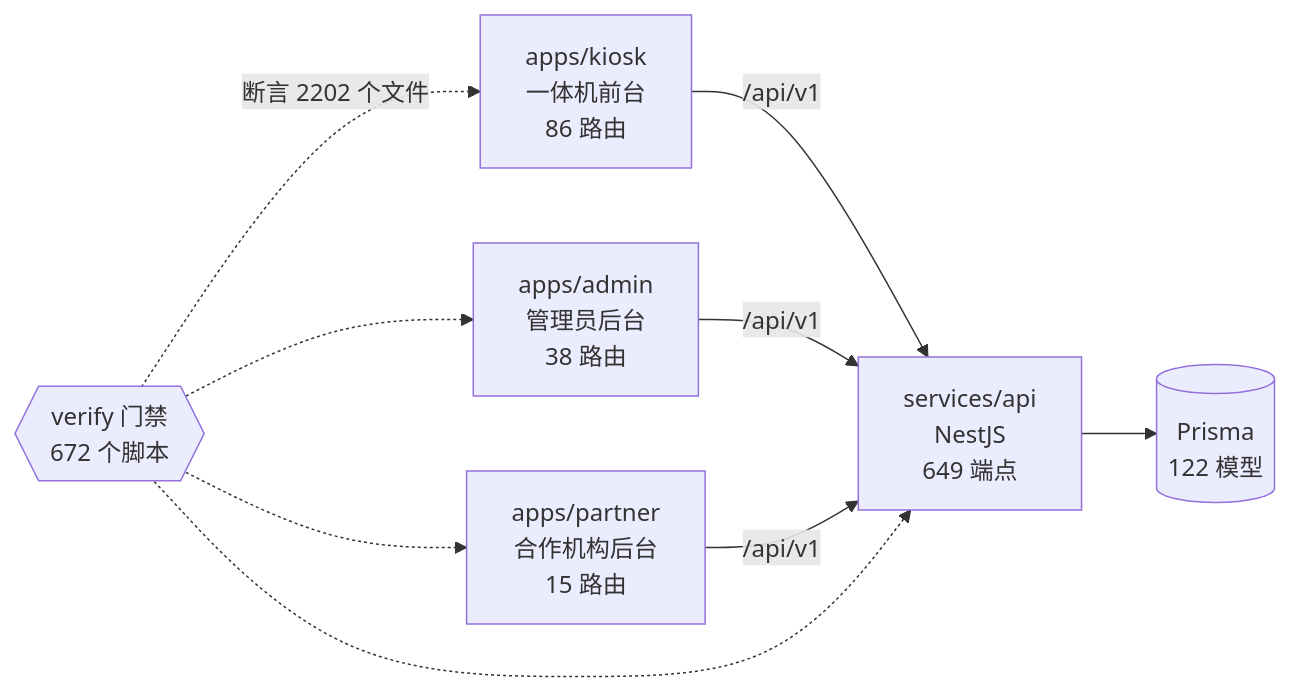
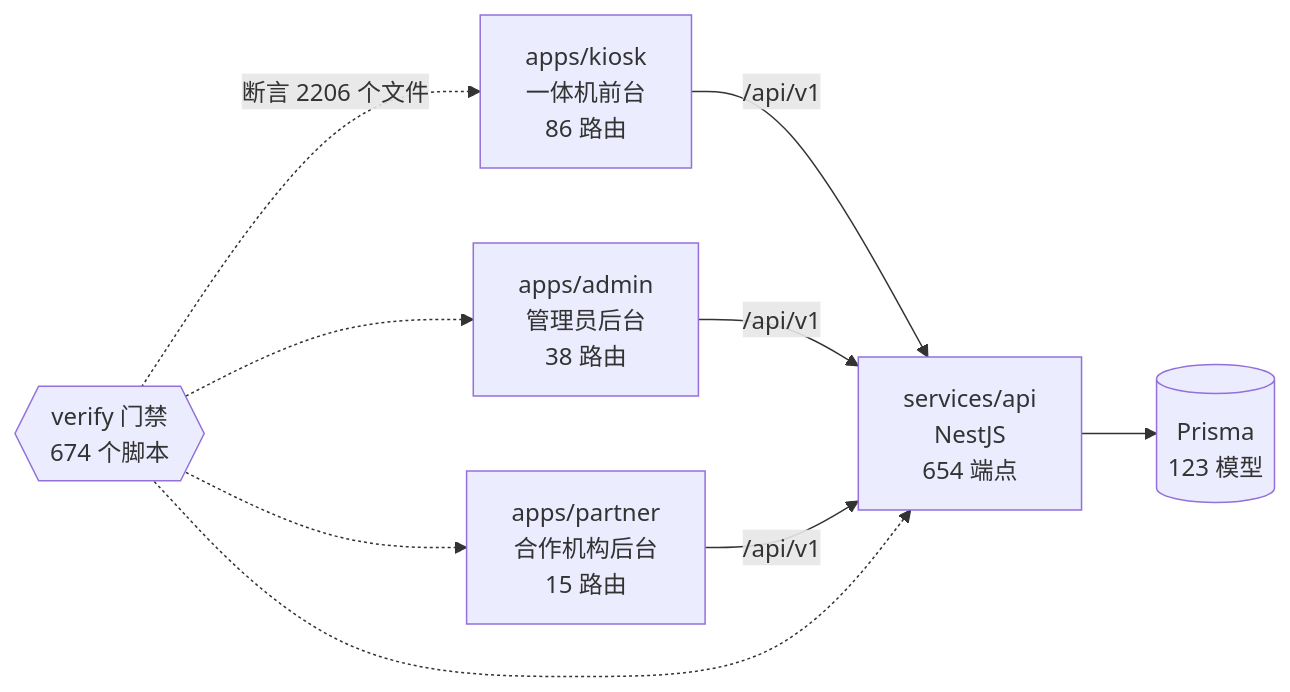
The diagram in docs/graph/README.md (wanglei581/YITIJI), drawn with Mermaid before and after one commit. The commit also changed other lines of this file and 121 other files, not shown here.

````diff
--- a/docs/graph/README.md
+++ b/docs/graph/README.md
@@ -68,18 +68,18 @@
 ```mermaid
 flowchart LR
   kiosk["apps/kiosk<br/>一体机前台<br/>86 路由"]
   admin["apps/admin<br/>管理员后台<br/>38 路由"]
   partner["apps/partner<br/>合作机构后台<br/>15 路由"]
-  api["services/api<br/>NestJS<br/>649 端点"]
-  db[("Prisma<br/>122 模型")]
-  gates{{"verify 门禁<br/>672 个脚本"}}
+  api["services/api<br/>NestJS<br/>654 端点"]
+  db[("Prisma<br/>123 模型")]
+  gates{{"verify 门禁<br/>674 个脚本"}}
 
   kiosk -->|"/api/v1"| api
   admin -->|"/api/v1"| api
   partner -->|"/api/v1"| api
   api --> db
-  gates -.->|"断言 2202 个文件"| kiosk
+  gates -.->|"断言 2206 个文件"| kiosk
   gates -.-> admin
   gates -.-> partner
   gates -.-> api
 ```
````
